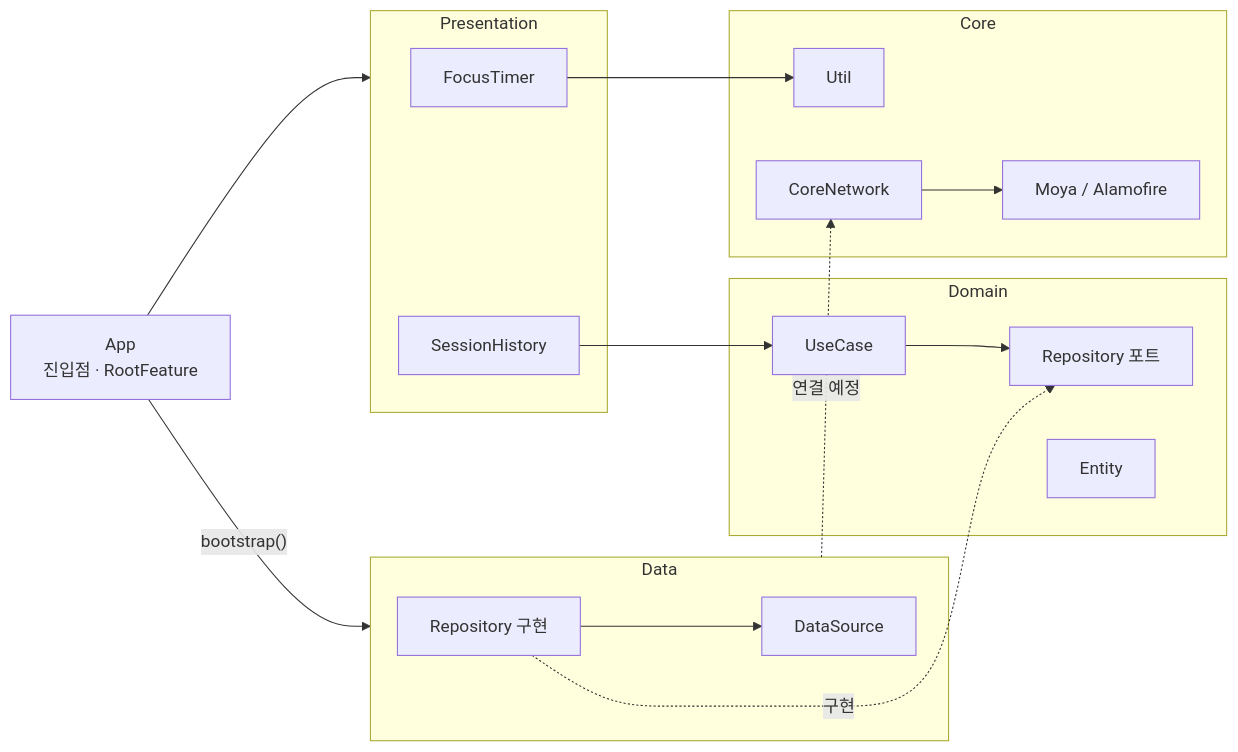
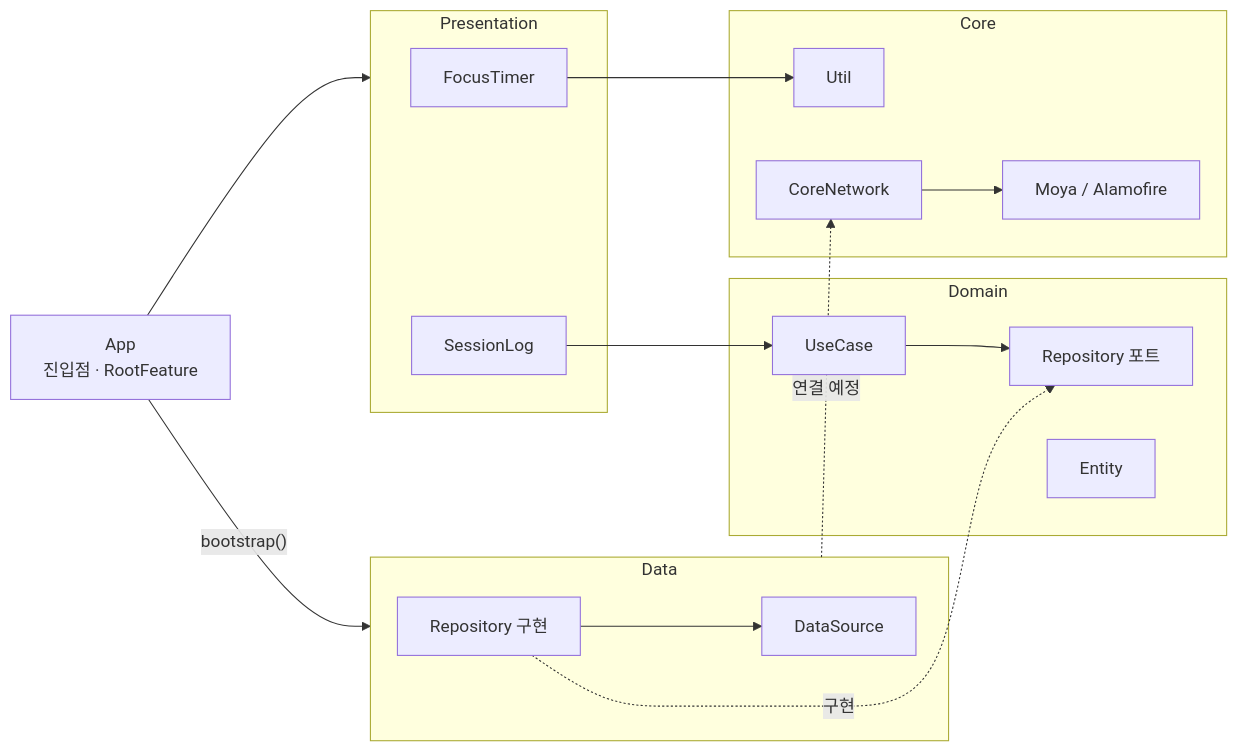
Before and after one commit to Younggun-Kim/HyperFocus2: the diagram in README.md, drawn with Mermaid. The commit also changed other lines of this file, not shown here.

Commit message:
docs: README의 SessionHistory 모듈 이름을 SessionLog로 변경

````diff
--- a/README.md
+++ b/README.md
@@ -33,30 +33,30 @@
 ```mermaid
 flowchart LR
     App["App<br/>진입점 · RootFeature"]
 
     subgraph Presentation
         FocusTimer
-        SessionHistory
+        SessionLog
     end
 
     subgraph Domain
         UseCase --> RepoPort["Repository 포트"]
         Entity
     end
 
     subgraph Data
         RepoLive["Repository 구현"] --> DataSource
     end
 
     subgraph Core
         Util
         CoreNetwork --> Moya["Moya / Alamofire"]
     end
 
     App --> Presentation
     App -- "bootstrap()" --> Data
     FocusTimer --> Util
-    SessionHistory --> UseCase
+    SessionLog --> UseCase
     RepoLive -. 구현 .-> RepoPort
     Data -. 연결 예정 .-> CoreNetwork
 ```
````
